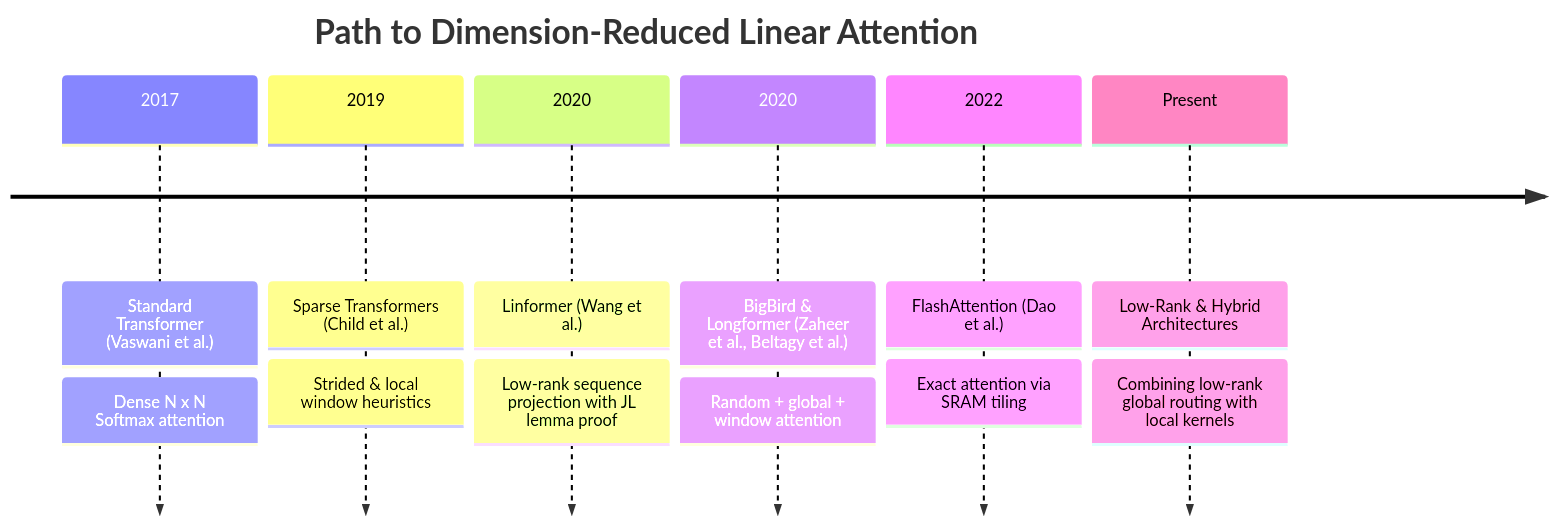
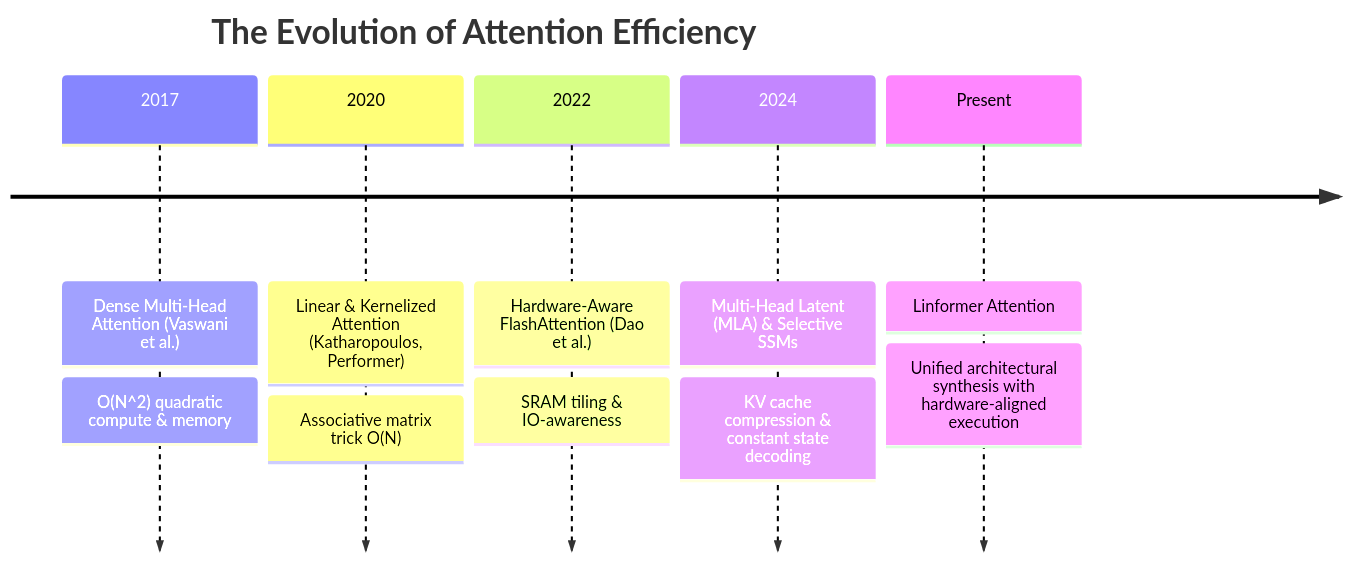
One commit to tahamajs/NeuralOps changed the first of 2 diagrams in Docs/content/attentions_blog/linformer_attention_blog.md. Above: the diagram before and after it, drawn with Mermaid. The commit also changed other lines of this file and 193 other files, not shown here.

````diff
--- a/Docs/content/attentions_blog/linformer_attention_blog.md
+++ b/Docs/content/attentions_blog/linformer_attention_blog.md
@@ -82,10 +58,9 @@
 ```mermaid
 timeline
-    title Path to Dimension-Reduced Linear Attention
-    2017 : Standard Transformer (Vaswani et al.) : Dense N x N Softmax attention
-    2019 : Sparse Transformers (Child et al.) : Strided & local window heuristics
-    2020 : Linformer (Wang et al.) : Low-rank sequence projection with JL lemma proof
-    2020 : BigBird & Longformer (Zaheer et al., Beltagy et al.) : Random + global + window attention
-    2022 : FlashAttention (Dao et al.) : Exact attention via SRAM tiling
-    Present : Low-Rank & Hybrid Architectures : Combining low-rank global routing with local kernels
+    title The Evolution of Attention Efficiency
+    2017 : Dense Multi-Head Attention (Vaswani et al.) : O(N^2) quadratic compute & memory
+    2020 : Linear & Kernelized Attention (Katharopoulos, Performer) : Associative matrix trick O(N)
+    2022 : Hardware-Aware FlashAttention (Dao et al.) : SRAM tiling & IO-awareness
+    2024 : Multi-Head Latent (MLA) & Selective SSMs : KV cache compression & constant state decoding
+    Present : Linformer Attention : Unified architectural synthesis with hardware-aligned execution
 ```
````
